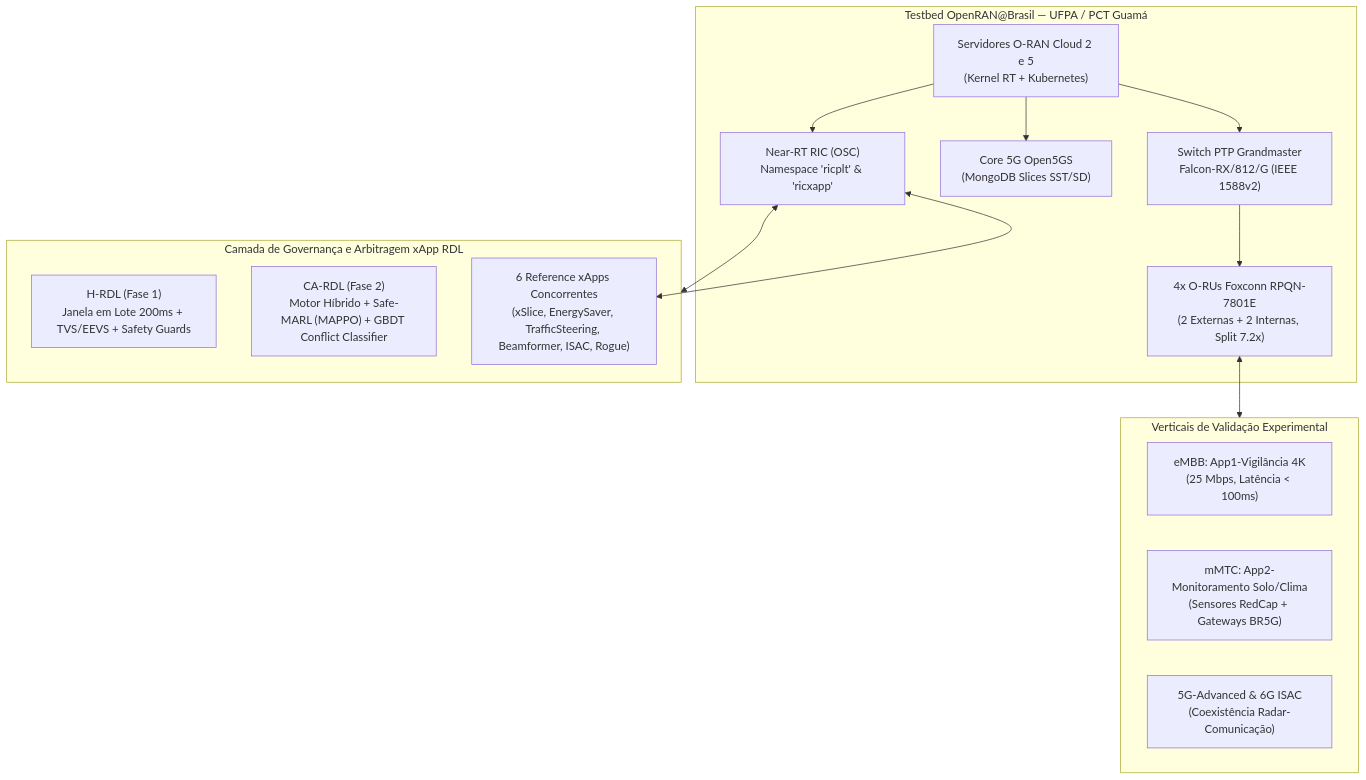
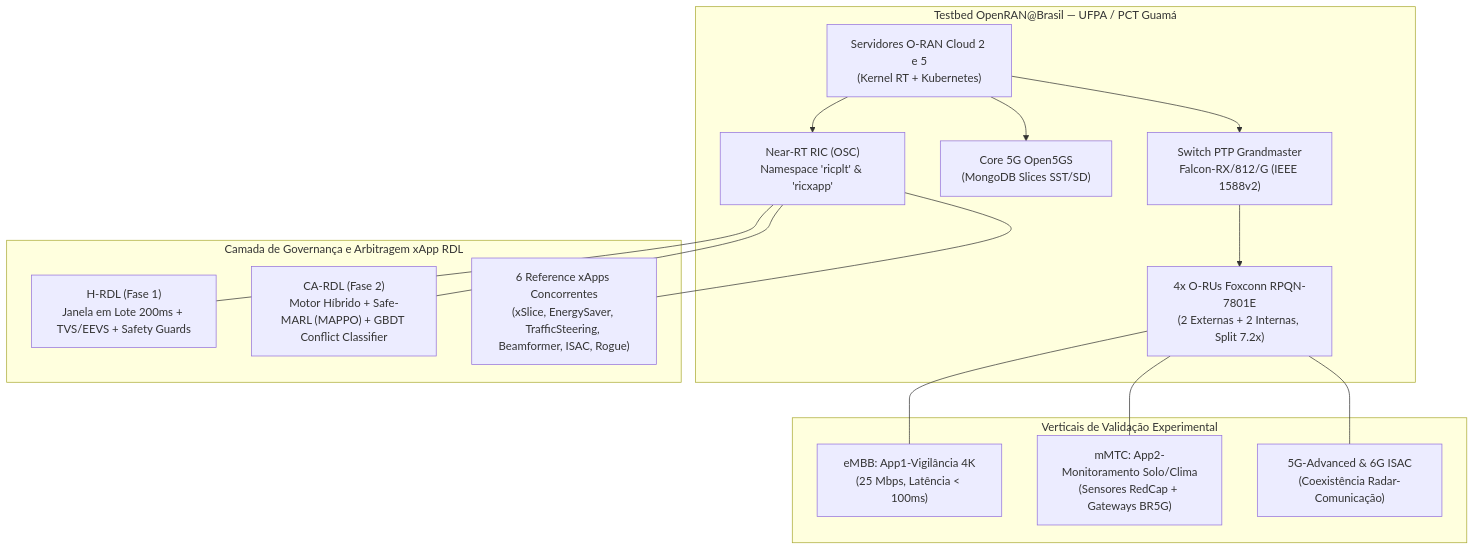
One commit to georgebarbosa3090/XApp-RDL-F2 changed the diagram in docs/15_relatorio_avaliacao_testbed_ufpa_pct_openran_brasil_rdl.md. Above: the diagram before and after it, drawn with Mermaid. The commit also changed 15 other files, not shown here.

Commit message:
fix(docs): fix mermaid diagrams syntax and fix fallback MAPPO/Helm rollout timeout

````diff
--- a/docs/15_relatorio_avaliacao_testbed_ufpa_pct_openran_brasil_rdl.md
+++ b/docs/15_relatorio_avaliacao_testbed_ufpa_pct_openran_brasil_rdl.md
@@ -20,29 +20,32 @@
 ```mermaid
-graph TD
+flowchart TD
     subgraph Testbed_UFPA["Testbed OpenRAN@Brasil — UFPA / PCT Guamá"]
         Cloud["Servidores O-RAN Cloud 2 e 5<br/>(Kernel RT + Kubernetes)"]
         SwitchPTP["Switch PTP Grandmaster<br/>Falcon-RX/812/G (IEEE 1588v2)"]
         ORU["4x O-RUs Foxconn RPQN-7801E<br/>(2 Externas + 2 Internas, Split 7.2x)"]
         Core5G["Core 5G Open5GS<br/>(MongoDB Slices SST/SD)"]
         NearRT["Near-RT RIC (OSC)<br/>Namespace 'ricplt' & 'ricxapp'"]
     end
 
     subgraph RDL_Orchestration["Camada de Governança e Arbitragem xApp RDL"]
         HRDL["H-RDL (Fase 1)<br/>Janela em Lote 200ms + TVS/EEVS + Safety Guards"]
         CARDL["CA-RDL (Fase 2)<br/>Motor Híbrido + Safe-MARL (MAPPO) + GBDT Conflict Classifier"]
         RefXApps["6 Reference xApps Concorrentes<br/>(xSlice, EnergySaver, TrafficSteering, Beamformer, ISAC, Rogue)"]
     end
 
     subgraph UseCases["Verticais de Validação Experimental"]
         UC1["eMBB: App1-Vigilância 4K<br/>(25 Mbps, Latência < 100ms)"]
         UC2["mMTC: App2-Monitoramento Solo/Clima<br/>(Sensores RedCap + Gateways BR5G)"]
         UC3["5G-Advanced & 6G ISAC<br/>(Coexistência Radar-Comunicação)"]
     end
 
     Cloud --> SwitchPTP --> ORU
     Cloud --> Core5G
     Cloud --> NearRT
-    NearRT <--> RefXApps
-    NearRT <--> RDL_Orchestration
-    ORU <--> UseCases
+    NearRT --- RefXApps
+    NearRT --- HRDL
+    NearRT --- CARDL
+    ORU --- UC1
+    ORU --- UC2
+    ORU --- UC3
 ```
````
